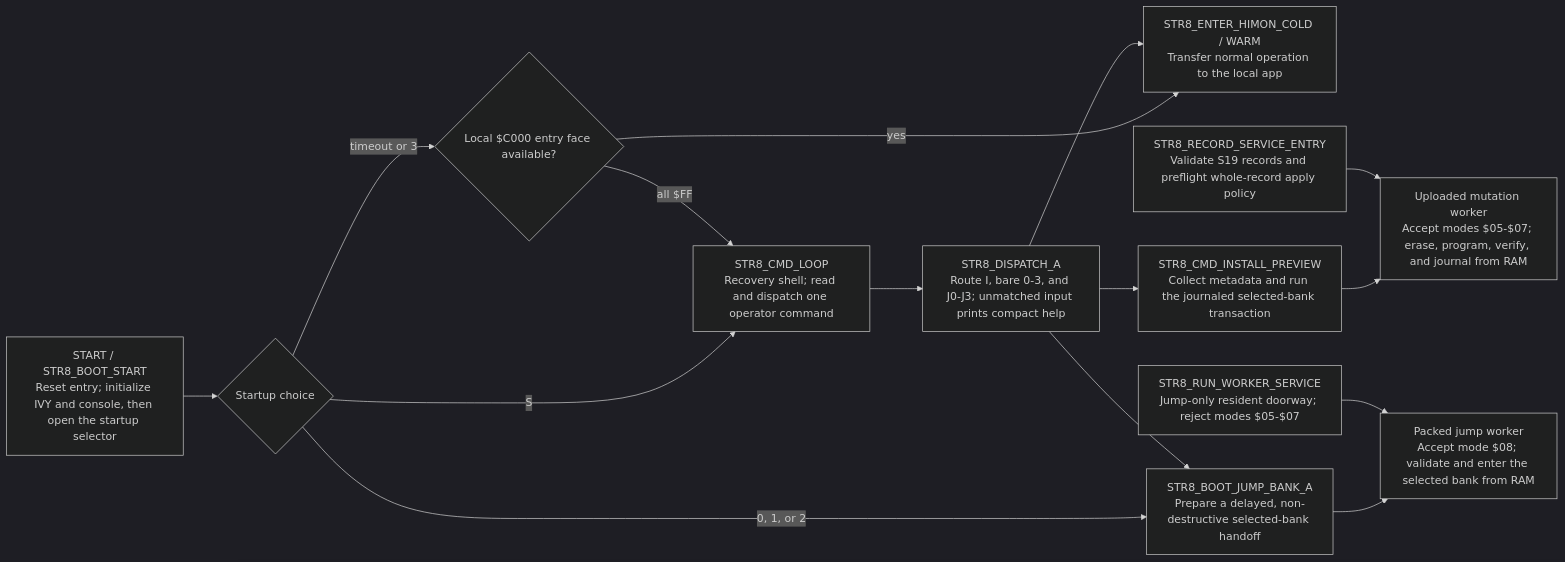
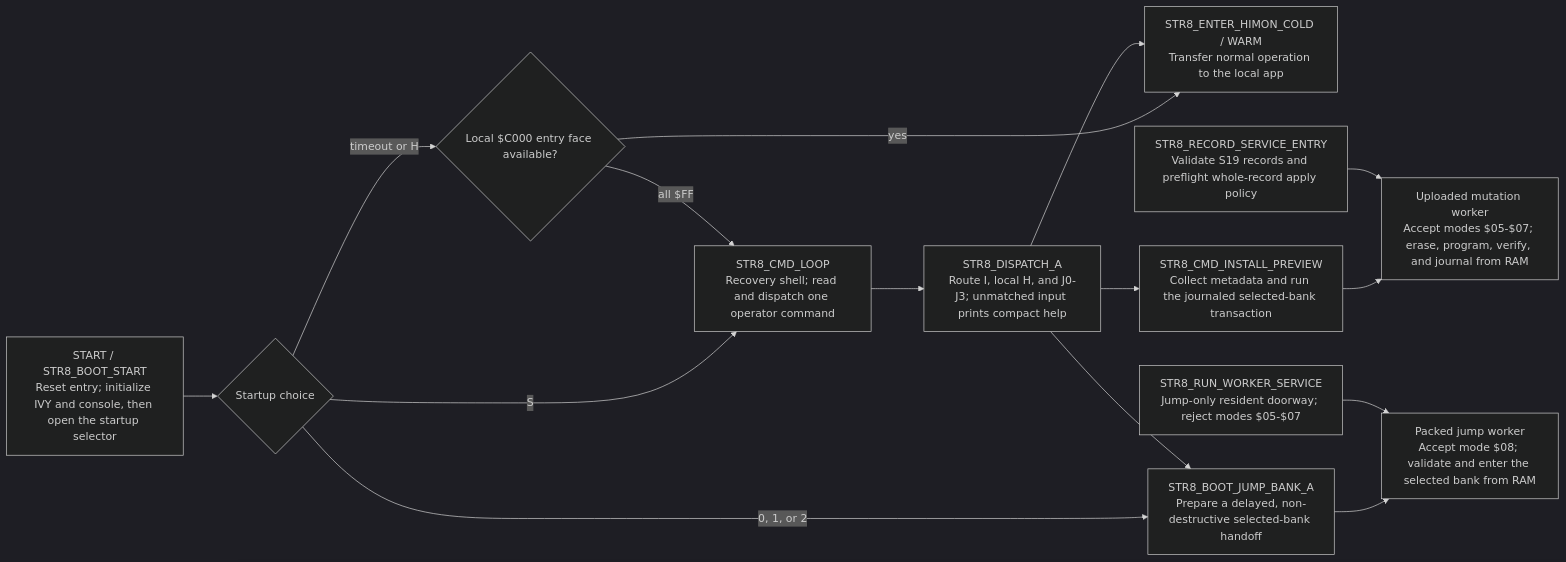
The first of 6 diagrams in DOC/GUIDES/STR8/STR8.md (95westus/R-YORS), drawn with Mermaid (dark theme) before and after one commit. The commit also changed other lines of this file and 28 other files, not shown here.

Commit message:
STR8: disambiguate local HIMON entry

````diff
--- a/DOC/GUIDES/STR8/STR8.md
+++ b/DOC/GUIDES/STR8/STR8.md
@@ -56,20 +56,20 @@
 ```mermaid
 flowchart LR
     RESET["START / STR8_BOOT_START<br/>Reset entry; initialize IVY and console, then open the startup selector"] --> SELECT{"Startup choice"}
     SELECT -->|S| SHELL["STR8_CMD_LOOP<br/>Recovery shell; read and dispatch one operator command"]
-    SELECT -->|timeout or 3| BOOTCHECK{"Local $C000 entry face available?"}
+    SELECT -->|timeout or H| BOOTCHECK{"Local $C000 entry face available?"}
     BOOTCHECK -->|yes| HIMON["STR8_ENTER_HIMON_COLD / WARM<br/>Transfer normal operation to the local app"]
     BOOTCHECK -->|all $FF| SHELL
     SELECT -->|0, 1, or 2| JUMP["STR8_BOOT_JUMP_BANK_A<br/>Prepare a delayed, non-destructive selected-bank handoff"]
 
-    SHELL --> DISPATCH["STR8_DISPATCH_A<br/>Route I, bare 0-3, and J0-J3; unmatched input prints compact help"]
+    SHELL --> DISPATCH["STR8_DISPATCH_A<br/>Route I, local H, and J0-J3; unmatched input prints compact help"]
     DISPATCH --> INSTALL["STR8_CMD_INSTALL_PREVIEW<br/>Collect metadata and run the journaled selected-bank transaction"]
     DISPATCH --> JUMP
     DISPATCH --> HIMON
 
     INSTALL --> MUTATION["Uploaded mutation worker<br/>Accept modes $05-$07; erase, program, verify, and journal from RAM"]
     JUMP --> JWORKER["Packed jump worker<br/>Accept mode $08; validate and enter the selected bank from RAM"]
 
     RECORD["STR8_RECORD_SERVICE_ENTRY<br/>Validate S19 records and preflight whole-record apply policy"] --> MUTATION
     SERVICE["STR8_RUN_WORKER_SERVICE<br/>Jump-only resident doorway; reject modes $05-$07"] --> JWORKER
 ```
````
